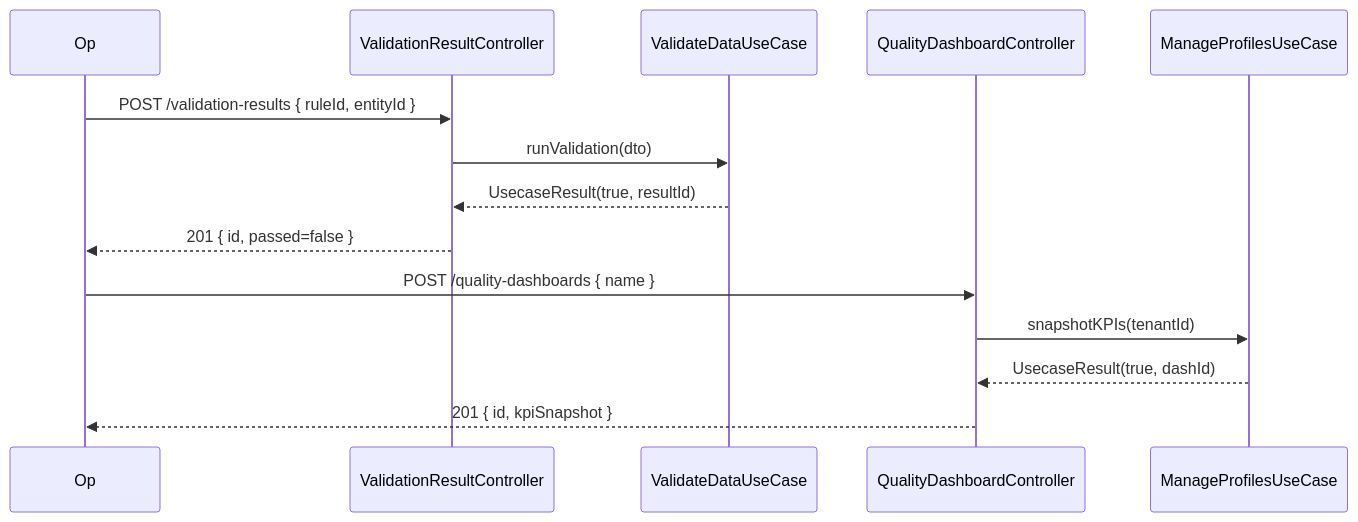
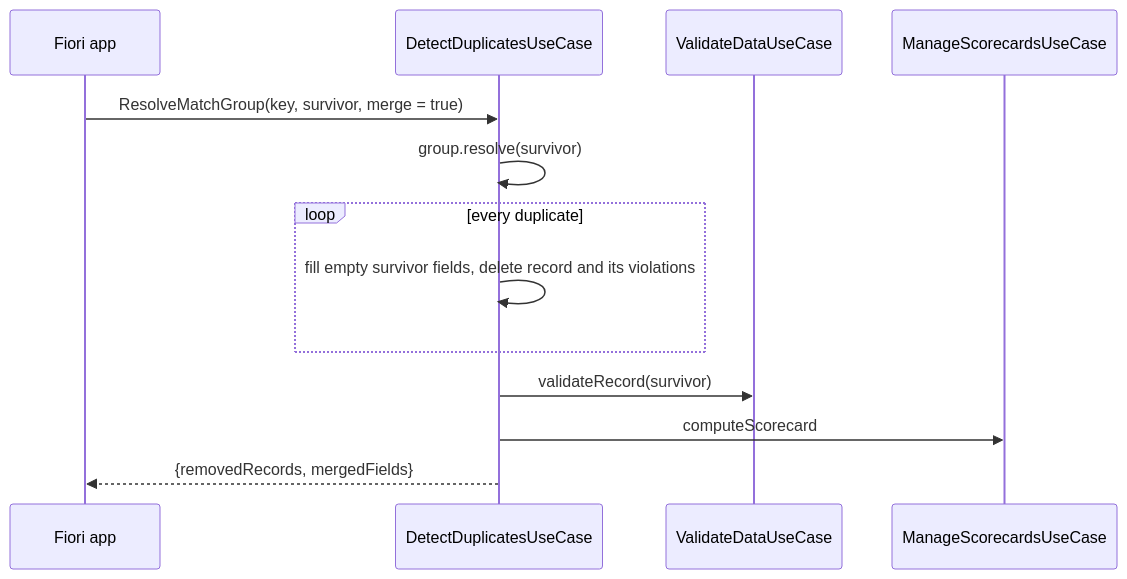
Diagram 14 of 15 in data-quality/UML.md (UIMSolutions/uim-platform), drawn with Mermaid before and after one commit. The commit also changed other lines of this file and 11 other files, not shown here.

First line of the commit message:
Enhance Data Quality and Retention Services

````diff
--- a/data-quality/UML.md
+++ b/data-quality/UML.md
@@ -135,18 +790,16 @@
 ```mermaid
 sequenceDiagram
-    participant Op
-    participant VRC as ValidationResultController
-    participant VUC as ValidateDataUseCase
-    participant DBC as QualityDashboardController
-    participant DUC as ManageProfilesUseCase
+  participant UI as Fiori app
+  participant D as DetectDuplicatesUseCase
+  participant V as ValidateDataUseCase
+  participant S as ManageScorecardsUseCase
 
-    Op->>VRC: POST /validation-results { ruleId, entityId }
-    VRC->>VUC: runValidation(dto)
-    VUC-->>VRC: UsecaseResult(true, resultId)
-    VRC-->>Op: 201 { id, passed=false }
-
-    Op->>DBC: POST /quality-dashboards { name }
-    DBC->>DUC: snapshotKPIs(tenantId)
-    DUC-->>DBC: UsecaseResult(true, dashId)
-    DBC-->>Op: 201 { id, kpiSnapshot }
+  UI->>D: ResolveMatchGroup(key, survivor, merge = true)
+  D->>D: group.resolve(survivor)
+  loop every duplicate
+    D->>D: fill empty survivor fields, delete record and its violations
+  end
+  D->>V: validateRecord(survivor)
+  D->>S: computeScorecard
+  D-->>UI: {removedRecords, mergedFields}
 ```
````
